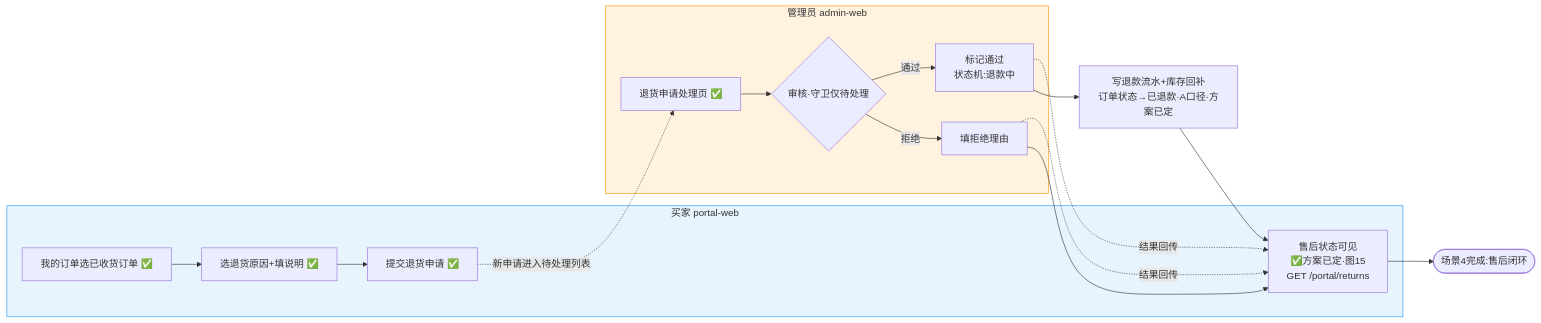
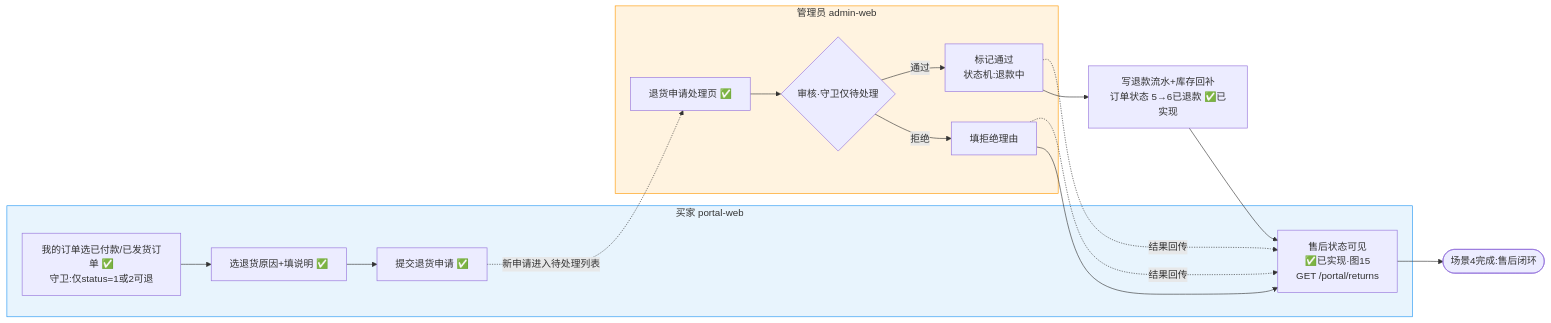
The diagram in docs/flows/6-场景4-售后退货.mmd (zzy-repo/qiqi-mall), drawn with Mermaid before and after one commit. The commit also changed 56 other files, not shown here.

Commit message:
feat: 图片上传(MinIO链路) + 死锁重试与幂等令牌 + 订单号并发唯一 + C端订单分页 + docs 同步

```diff
--- a/docs/flows/6-场景4-售后退货.mmd
+++ b/docs/flows/6-场景4-售后退货.mmd
@@ -1,19 +1,19 @@
 flowchart LR
     subgraph Buyer[买家 portal-web]
-        B1[我的订单选已收货订单 ✅] --> B2[选退货原因+填说明 ✅] --> B3[提交退货申请 ✅]
-        B5[售后状态可见<br/>✅方案已定·图15<br/>GET /portal/returns]
+        B1[我的订单选已付款/已发货订单 ✅<br/>守卫:仅status=1或2可退] --> B2[选退货原因+填说明 ✅] --> B3[提交退货申请 ✅]
+        B5[售后状态可见<br/>✅已实现·图15<br/>GET /portal/returns]
     end
     subgraph Admin[管理员 admin-web]
         A1[退货申请处理页 ✅] --> A2{审核·守卫仅待处理}
         A2 -- 通过 --> A3[标记通过<br/>状态机:退款中] 
         A2 -- 拒绝 --> A4[填拒绝理由]
     end
     B3 -.新申请进入待处理列表.-> A1
     A3 -.结果回传.-> B5
     A4 -.结果回传.-> B5
-    A3 --> L1[写退款流水+库存回补<br/>订单状态→已退款·A口径·方案已定]
+    A3 --> L1[写退款流水+库存回补<br/>订单状态 5→6已退款 ✅已实现]
     L1 --> B5
     A4 --> B5
     B5 --> Done4([场景4完成:售后闭环])
     style Admin fill:#fff3e0,stroke:#ff9800
     style Buyer fill:#e8f4fd,stroke:#2196f3
```
